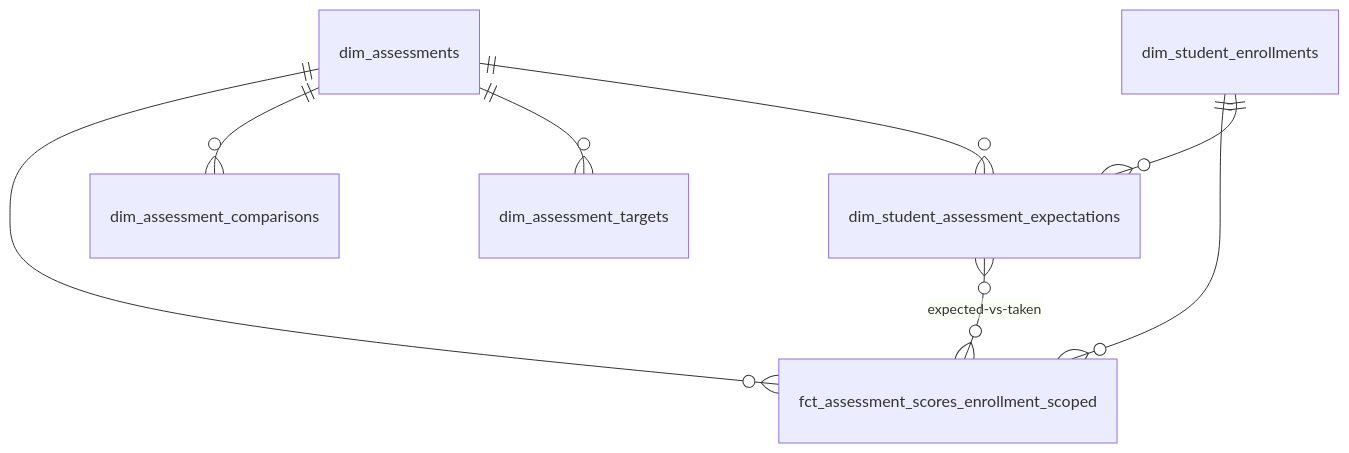
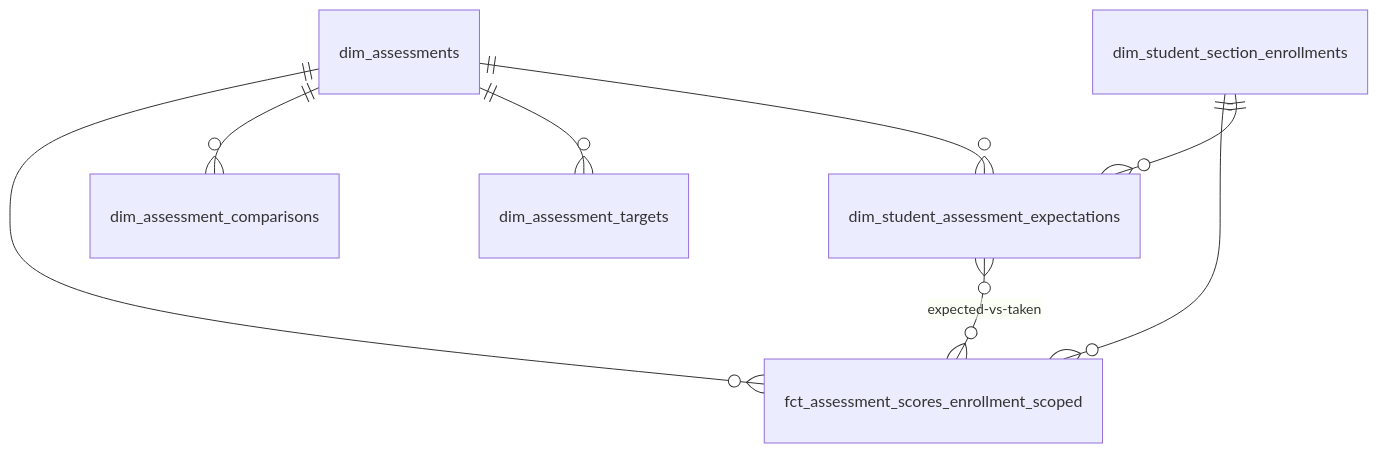
One commit to TEAMSchools/teamster changed the third of 10 diagrams in docs/superpowers/specs/2026-03-27-star-schema-data-mart-design.md. Above: the diagram before and after it, drawn with Mermaid. The commit also changed other lines of this file, not shown here.

````diff
--- a/docs/superpowers/specs/2026-03-27-star-schema-data-mart-design.md
+++ b/docs/superpowers/specs/2026-03-27-star-schema-data-mart-design.md
@@ -669,10 +728,10 @@
 ```mermaid
 erDiagram
-    dim_student_enrollments ||--o{ fct_assessment_scores_enrollment_scoped : ""
+    dim_student_section_enrollments ||--o{ fct_assessment_scores_enrollment_scoped : ""
     dim_assessments ||--o{ fct_assessment_scores_enrollment_scoped : ""
     dim_assessments ||--o{ dim_assessment_comparisons : ""
     dim_assessments ||--o{ dim_assessment_targets : ""
-    dim_student_enrollments ||--o{ dim_student_assessment_expectations : ""
+    dim_student_section_enrollments ||--o{ dim_student_assessment_expectations : ""
     dim_assessments ||--o{ dim_student_assessment_expectations : ""
     dim_student_assessment_expectations }o--o{ fct_assessment_scores_enrollment_scoped : "expected-vs-taken"
 ```
````
